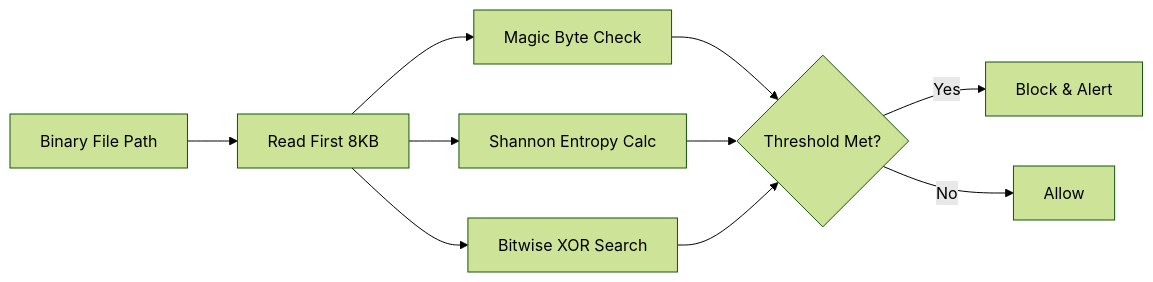
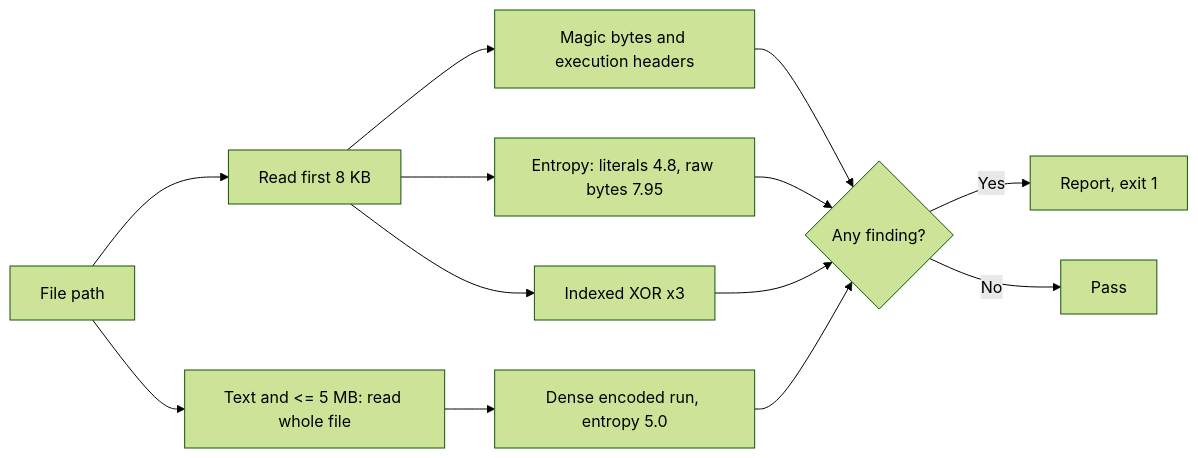
One commit to squid-protocol/gitgalaxy changed the diagram in docs/wiki/04-05-binary-anomaly-detector.md. Above: the diagram before and after it, drawn with Mermaid (forest theme). The commit also changed other lines of this file and 4 other files, not shown here.

````diff
--- a/docs/wiki/04-05-binary-anomaly-detector.md
+++ b/docs/wiki/04-05-binary-anomaly-detector.md
@@ -34,12 +40,15 @@
 ```mermaid
 graph LR
-    A[Binary File Path] --> B[Read First 8KB]
-    B --> C[Magic Byte Check]
-    B --> D[Shannon Entropy Calc]
-    B --> E[Bitwise XOR Search]
-    C --> F{Threshold Met?}
-    D --> F
-    E --> F
-    F -- Yes --> G[Block & Alert]
-    F -- No --> H[Allow]
+    A[File path] --> B[Read first 8 KB]
+    A --> C[Text and <= 5 MB: read whole file]
+    B --> D[Magic bytes and execution headers]
+    B --> E[Entropy: literals 4.8, raw bytes 7.95]
+    B --> F[Indexed XOR x3]
+    C --> G[Dense encoded run, entropy 5.0]
+    D --> H{Any finding?}
+    E --> H
+    F --> H
+    G --> H
+    H -- Yes --> I[Report, exit 1]
+    H -- No --> J[Pass]
 ```
````
